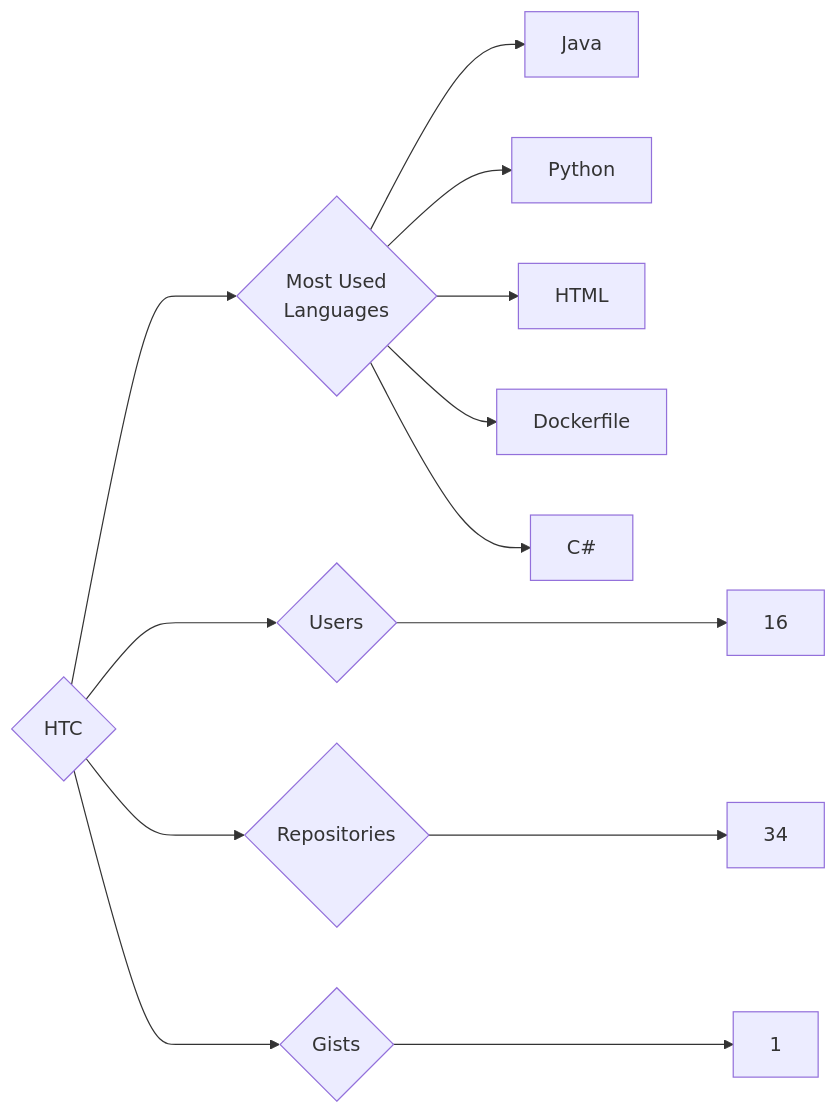
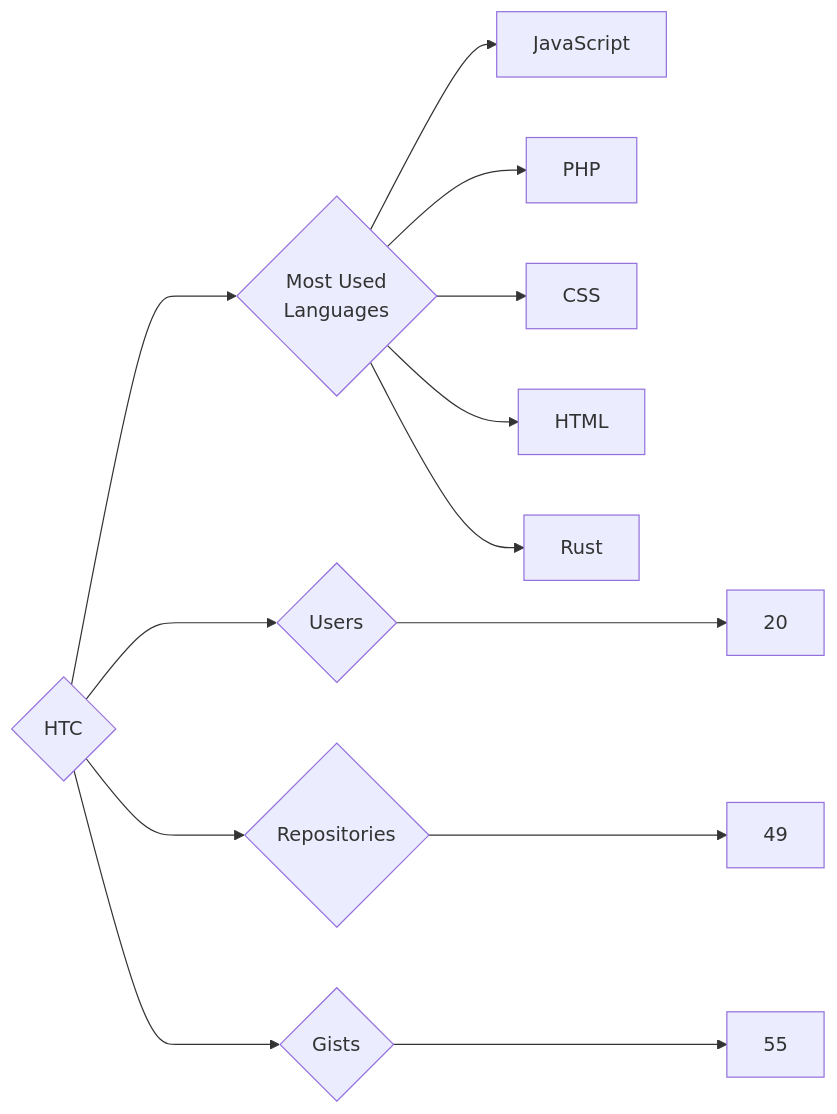
The diagram in targets/HTC/README.md (trickest/insiders), drawn with Mermaid before and after one commit. The commit also changed 823 other files, not shown here.

````diff
--- a/targets/HTC/README.md
+++ b/targets/HTC/README.md
@@ -3,13 +3,13 @@
 ```mermaid
 graph LR
 COMPANY_NAME{HTC}
-COMPANY_NAME ---> U{Users} ---> UN[16]
-COMPANY_NAME ---> R{Repositories} ---> RN[34]
-COMPANY_NAME ---> G{Gists} ---> GN[1]
+COMPANY_NAME ---> U{Users} ---> UN[20]
+COMPANY_NAME ---> R{Repositories} ---> RN[49]
+COMPANY_NAME ---> G{Gists} ---> GN[55]
 COMPANY_NAME ---> ML{Most Used<br>Languages}
-ML --> Java[Java]
-ML --> Python[Python]
+ML --> JavaScript[JavaScript]
+ML --> PHP[PHP]
+ML --> CSS[CSS]
 ML --> HTML[HTML]
-ML --> Dockerfile[Dockerfile]
-ML --> C#[C#]
+ML --> Rust[Rust]
 ```
````
